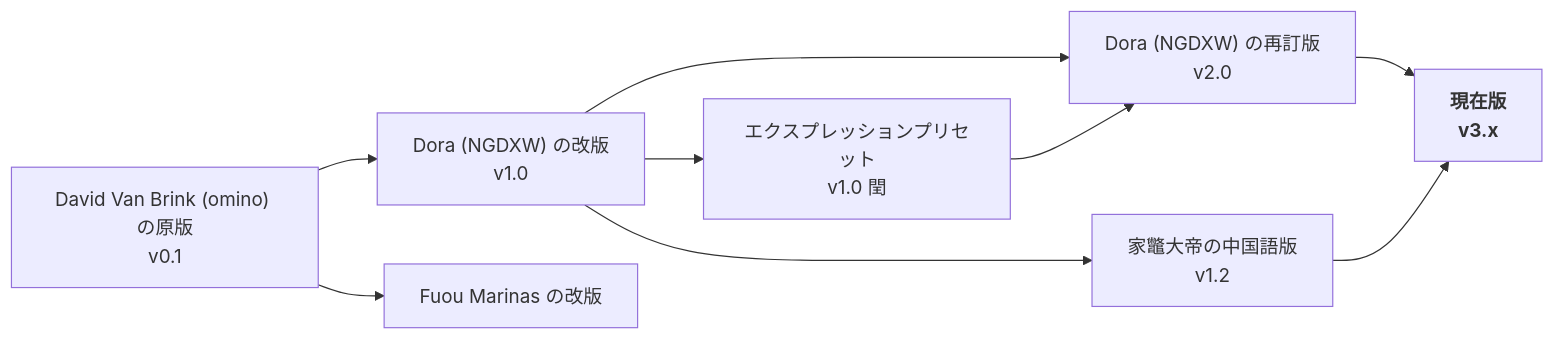
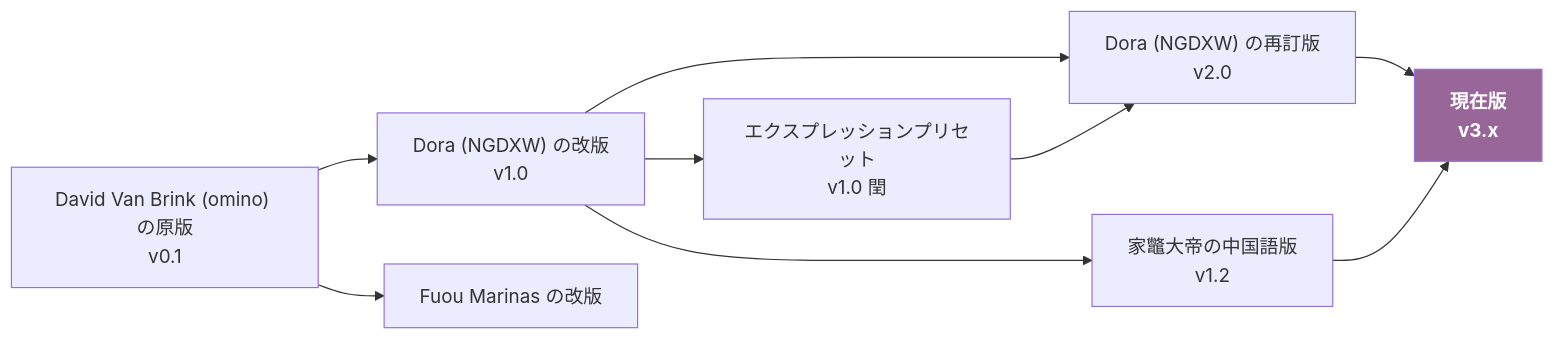
Before and after one commit to otomad/om_midi: the diagram in README_ja-JP.md, drawn with Mermaid. The commit also changed 4 other files, not shown here.

Commit message:
docs: update mermaid style

````diff
--- a/README_ja-JP.md
+++ b/README_ja-JP.md
@@ -81,33 +81,33 @@
 ```mermaid
 flowchart LR
-    %% Definitions
-    DVB-IE["David Van Brink (omino) の原版<br>v0.1"]
-    Dora-R["Dora (NGDXW) の改版<br>v1.0"]
-    EP["エクスプレッションプリセット<br>v1.0 閏"]
-    Z4HD-CE["家鼈大帝の中国語版<br>v1.2"]
-    Dora-R2["Dora (NGDXW) の再訂版<br>v2.0"]
-    CV["現在版<br>v3.x"]:::current
-    FM-R["Fuou Marinas の改版"]
+	%% Definitions
+	DVB-IE["David Van Brink (omino) の原版<br>v0.1"]
+	Dora-R["Dora (NGDXW) の改版<br>v1.0"]
+	EP["エクスプレッションプリセット<br>v1.0 閏"]
+	Z4HD-CE["家鼈大帝の中国語版<br>v1.2"]
+	Dora-R2["Dora (NGDXW) の再訂版<br>v2.0"]
+	CV["現在版<br>v3.x"]:::current
+	FM-R["Fuou Marinas の改版"]
 
-    %% Connections
-    DVB-IE --> Dora-R
-    Dora-R --> EP
-    Dora-R --> Z4HD-CE
-    Dora-R --> Dora-R2
-    EP --> Dora-R2
-    Dora-R2 --> CV
-    Z4HD-CE --> CV
-    DVB-IE --> FM-R
+	%% Connections
+	DVB-IE --> Dora-R
+	Dora-R --> EP
+	Dora-R --> Z4HD-CE
+	Dora-R --> Dora-R2
+	EP --> Dora-R2
+	Dora-R2 --> CV
+	Z4HD-CE --> CV
+	DVB-IE --> FM-R
 
-    %% Class definitions
-    classDef current font-weight:bold
+	%% Styles
+	style CV font-weight:bold,fill:#969,color:white
 
 	%% Click events
 	click DVB-IE "https://omino.com/pixelblog/2011/12/26/ae-hello-again-midi/"
 	click Dora-R "https://www.bilibili.com/read/cv170398"
 	click EP "https://www.bilibili.com/video/av29649969"
 	click Z4HD-CE "https://github.com/Z4HD/om_midi_NGDXW_zh"
 	click Dora-R2 "https://www.bilibili.com/read/cv1217487"
 	click CV "https://github.com/otomad/om_midi"
 	click FM-R "https://github.com/FuouM/AE-ReOm-MIDI"
 ```
````
